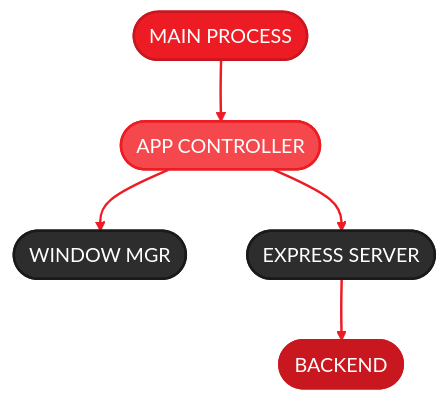
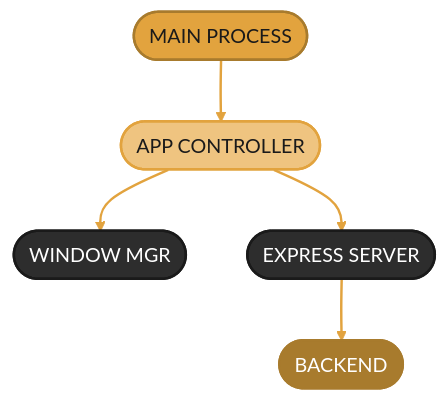
One commit to amd/gaia changed the first of 2 diagrams in docs/spec/electron-integration.mdx. Above: the diagram before and after it, drawn with Mermaid. The commit also changed other lines of this file and 37 other files, not shown here.

````diff
--- a/docs/spec/electron-integration.mdx
+++ b/docs/spec/electron-integration.mdx
@@ -85,16 +85,16 @@
 ```mermaid
-%%{init: {'theme':'base', 'themeVariables': { 'primaryColor':'#ED1C24', 'primaryTextColor':'#fff', 'primaryBorderColor':'#C8171E', 'lineColor':'#F4484D', 'secondaryColor':'#2d2d2d', 'tertiaryColor':'#f5f5f5', 'fontFamily': 'system-ui, -apple-system, sans-serif'}}}%%
+%%{init: {'theme':'base', 'themeVariables': { 'primaryColor':'#E2A33E', 'primaryTextColor':'#1a1a1a', 'primaryBorderColor':'#A87B2D', 'lineColor':'#EFC480', 'secondaryColor':'#2d2d2d', 'tertiaryColor':'#f5f5f5', 'fontFamily': 'system-ui, -apple-system, sans-serif'}}}%%
 flowchart TD
     A(["MAIN PROCESS"]) --> B(["APP CONTROLLER"])
     B --> C(["WINDOW MGR"])
     B --> D(["EXPRESS SERVER"])
     D --> E(["BACKEND"])
 
-    style A fill:#ED1C24,stroke:#C8171E,stroke-width:2px,color:#fff
-    style B fill:#F4484D,stroke:#ED1C24,stroke-width:2px,color:#fff
+    style A fill:#E2A33E,stroke:#A87B2D,stroke-width:2px,color:#1a1a1a
+    style B fill:#EFC480,stroke:#E2A33E,stroke-width:2px,color:#1a1a1a
     style C fill:#2d2d2d,stroke:#1a1a1a,stroke-width:2px,color:#fff
     style D fill:#2d2d2d,stroke:#1a1a1a,stroke-width:2px,color:#fff
-    style E fill:#C8171E,stroke:#C8171E,stroke-width:2px,color:#fff
+    style E fill:#A87B2D,stroke:#A87B2D,stroke-width:2px,color:#fff
 
-    linkStyle 0,1,2,3 stroke:#ED1C24,stroke-width:2px
+    linkStyle 0,1,2,3 stroke:#E2A33E,stroke-width:2px
 ```
````
